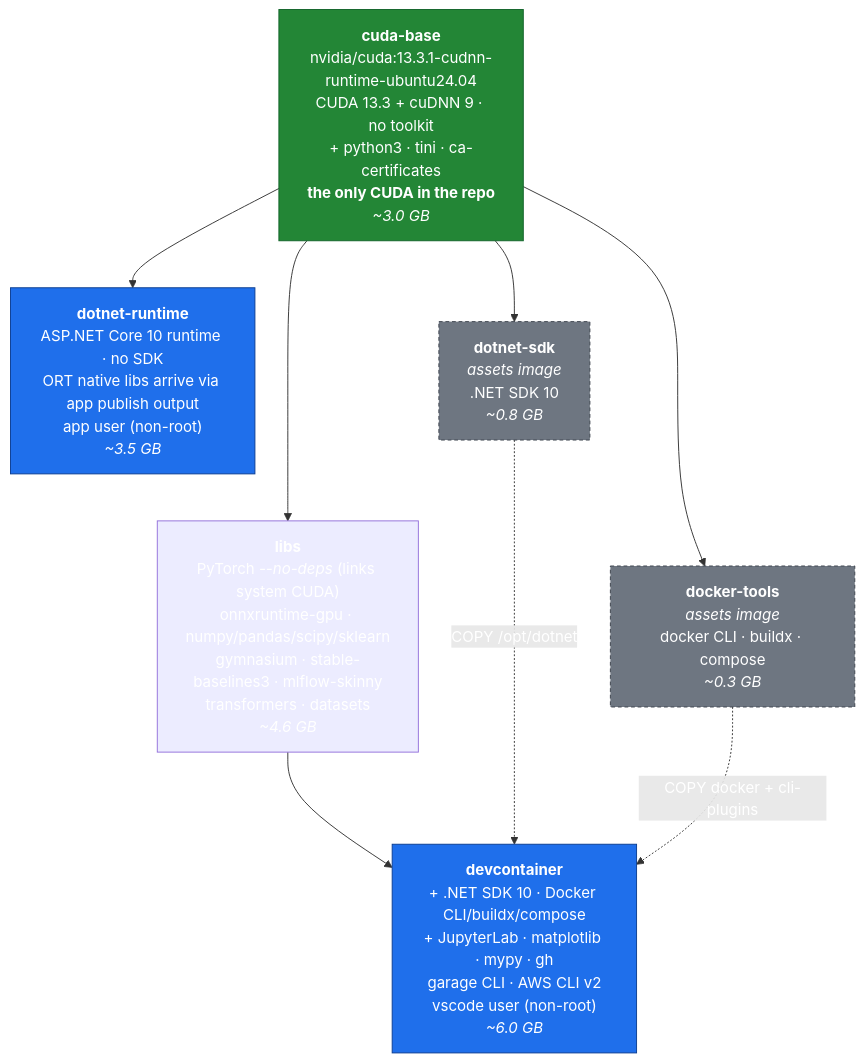
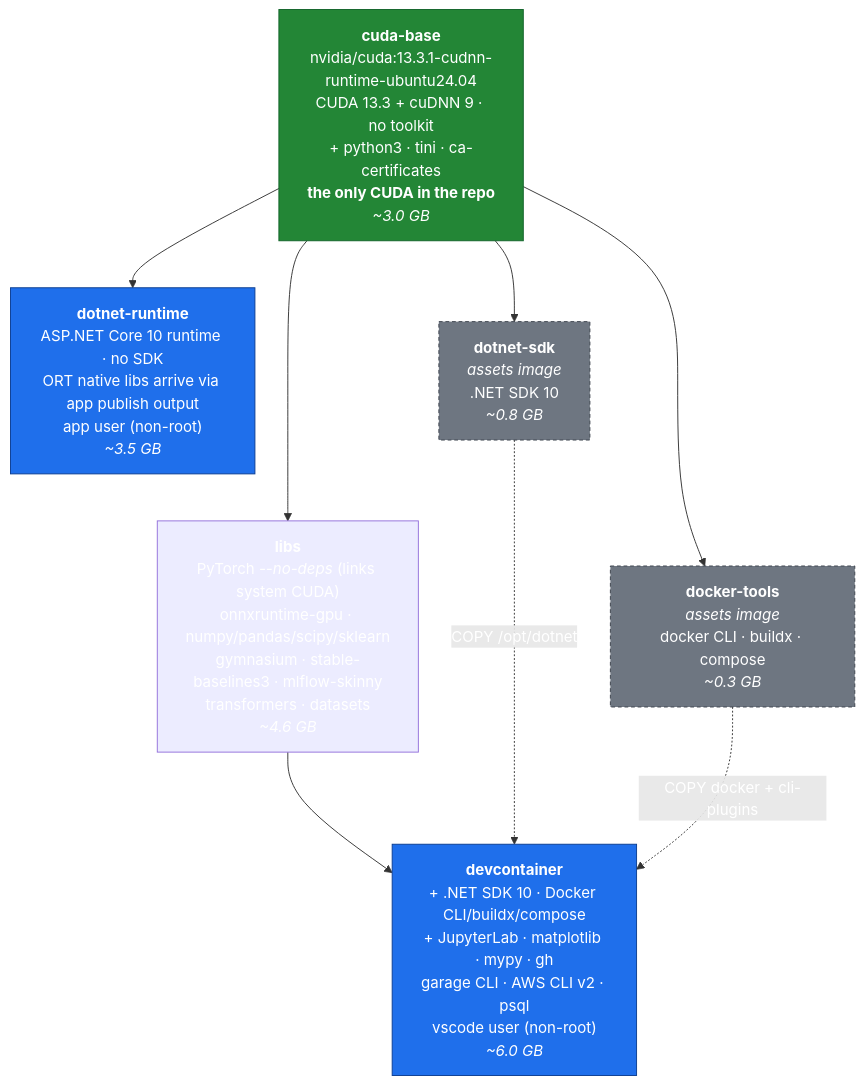
The diagram in DESIGN.md (goldsam/ml-images), drawn with Mermaid before and after one commit. The commit also changed 4 other files, not shown here.

````diff
--- a/DESIGN.md
+++ b/DESIGN.md
@@ -49,30 +49,30 @@
 ```mermaid
 graph TD
     cudabase["<b>cuda-base</b><br/>nvidia/cuda:13.3.1-cudnn-runtime-ubuntu24.04<br/>CUDA 13.3 + cuDNN 9 · no toolkit<br/>+ python3 · tini · ca-certificates<br/><b>the only CUDA in the repo</b><br/><i>~3.0 GB</i>"]
 
     libs["<b>libs</b><br/>PyTorch <i>--no-deps</i> (links system CUDA)<br/>onnxruntime-gpu · numpy/pandas/scipy/sklearn<br/>gymnasium · stable-baselines3 · mlflow-skinny<br/>transformers · datasets<br/><i>~4.6 GB</i>"]
 
-    devc["<b>devcontainer</b><br/>+ .NET SDK 10 · Docker CLI/buildx/compose<br/>+ JupyterLab · matplotlib · mypy · gh<br/>garage CLI · AWS CLI v2<br/>vscode user (non-root)<br/><i>~6.0 GB</i>"]
+    devc["<b>devcontainer</b><br/>+ .NET SDK 10 · Docker CLI/buildx/compose<br/>+ JupyterLab · matplotlib · mypy · gh<br/>garage CLI · AWS CLI v2 · psql<br/>vscode user (non-root)<br/><i>~6.0 GB</i>"]
 
     dotnetrt["<b>dotnet-runtime</b><br/>ASP.NET Core 10 runtime · no SDK<br/>ORT native libs arrive via app publish output<br/>app user (non-root)<br/><i>~3.5 GB</i>"]
 
     dotnetsdk["<b>dotnet-sdk</b><br/><i>assets image</i><br/>.NET SDK 10<br/><i>~0.8 GB</i>"]
 
     dockertools["<b>docker-tools</b><br/><i>assets image</i><br/>docker CLI · buildx · compose<br/><i>~0.3 GB</i>"]
 
     cudabase --> libs
     cudabase --> dotnetrt
     cudabase --> dotnetsdk
     cudabase --> dockertools
     libs --> devc
     dotnetsdk ~~~ dockertools
     dotnetsdk -.->|"COPY /opt/dotnet"| devc
     dockertools -.->|"COPY docker + cli-plugins"| devc
 
     classDef leaf fill:#1f6feb,stroke:#0b3d91,color:#fff
     classDef assets fill:#6e7681,stroke:#3d444d,color:#fff,stroke-dasharray:4 3
     classDef root fill:#238636,stroke:#116329,color:#fff
     class devc,dotnetrt leaf
     class dotnetsdk,dockertools assets
     class cudabase root
 ```
````
